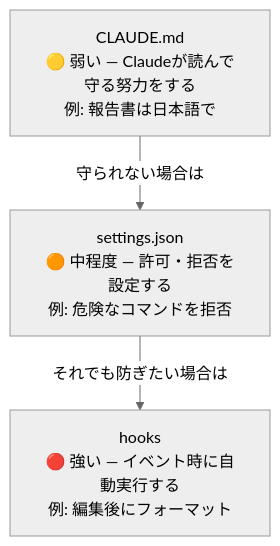
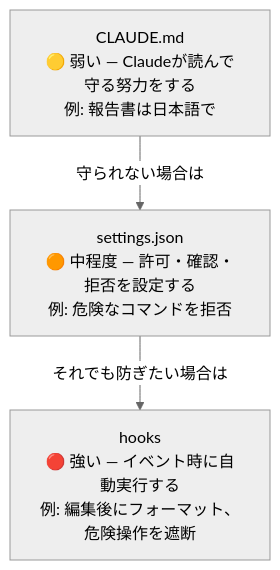
The fifth of 6 diagrams in docs/training/claude-code-corporate/claude-code-corporate-training.md (shoma-endo/claude-code-enterprise-docs), drawn with Mermaid (neutral theme) before and after one commit. The commit also changed other lines of this file, not shown here.

````diff
--- a/docs/training/claude-code-corporate/claude-code-corporate-training.md
+++ b/docs/training/claude-code-corporate/claude-code-corporate-training.md
@@ -612,6 +715,6 @@
 ```mermaid
 flowchart TD
   A["CLAUDE.md<br/>🟡 弱い — Claudeが読んで守る努力をする<br/>例: 報告書は日本語で"] -->|"守られない場合は"| B
-  B["settings.json<br/>🟠 中程度 — 許可・拒否を設定する<br/>例: 危険なコマンドを拒否"] -->|"それでも防ぎたい場合は"| C
-  C["hooks<br/>🔴 強い — イベント時に自動実行する<br/>例: 編集後にフォーマット"]
+  B["settings.json<br/>🟠 中程度 — 許可・確認・拒否を設定する<br/>例: 危険なコマンドを拒否"] -->|"それでも防ぎたい場合は"| C
+  C["hooks<br/>🔴 強い — イベント時に自動実行する<br/>例: 編集後にフォーマット、危険操作を遮断"]
 ```
````
